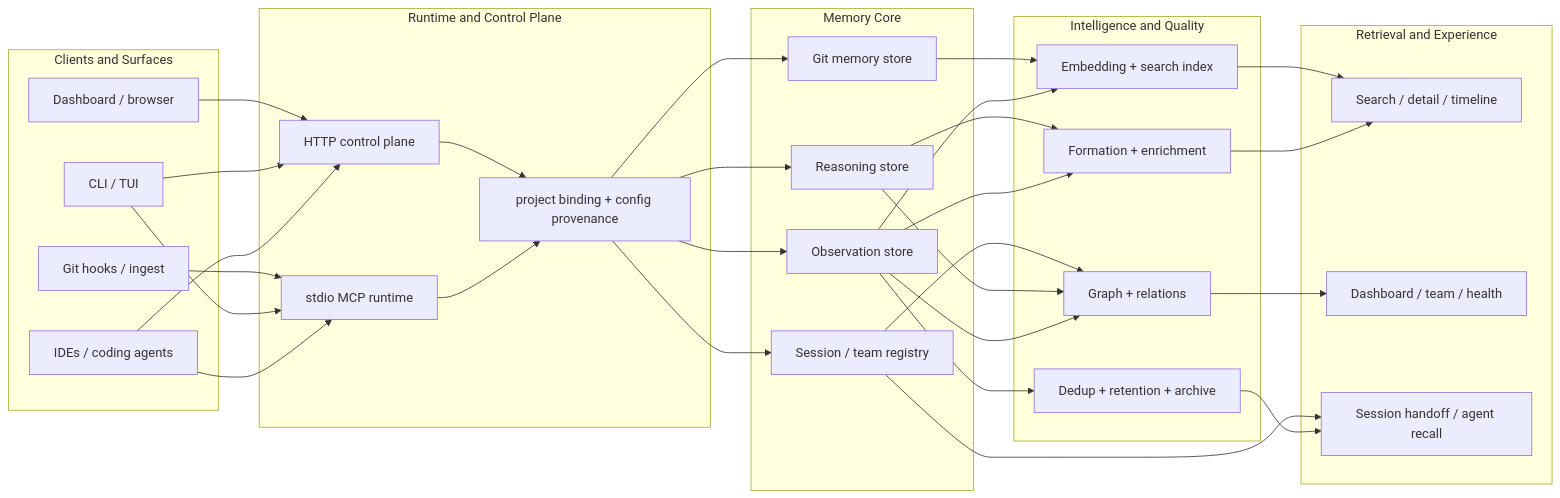
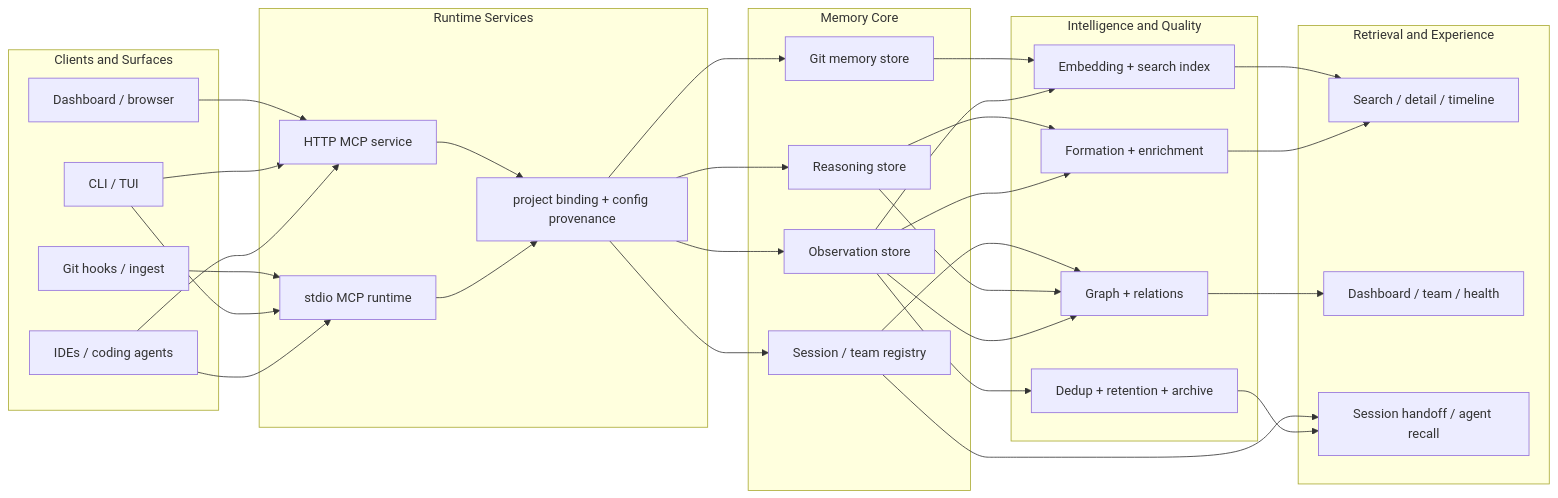
Before and after one commit to AVIDS2/memorix: the first of 3 diagrams in docs/ARCHITECTURE.md, drawn with Mermaid. The commit also changed other lines of this file and 13 other files, not shown here.

````diff
--- a/docs/ARCHITECTURE.md
+++ b/docs/ARCHITECTURE.md
@@ -19,65 +19,65 @@
 ```mermaid
 flowchart LR
     subgraph Clients["Clients and Surfaces"]
         A1["IDEs / coding agents"]
         A2["CLI / TUI"]
         A3["Dashboard / browser"]
         A4["Git hooks / ingest"]
     end
 
-    subgraph Runtime["Runtime and Control Plane"]
+    subgraph Runtime["Runtime Services"]
         B1["stdio MCP runtime"]
-        B2["HTTP control plane"]
+        B2["HTTP MCP service"]
         B3["project binding + config provenance"]
     end
 
     subgraph Core["Memory Core"]
         C1["Observation store"]
         C2["Reasoning store"]
         C3["Git memory store"]
         C4["Session / team registry"]
     end
 
     subgraph Intelligence["Intelligence and Quality"]
         D1["Formation + enrichment"]
         D2["Embedding + search index"]
         D3["Graph + relations"]
         D4["Dedup + retention + archive"]
     end
 
     subgraph Experience["Retrieval and Experience"]
         E1["Search / detail / timeline"]
         E2["Dashboard / team / health"]
         E3["Session handoff / agent recall"]
     end
 
     A1 --> B1
     A1 --> B2
     A2 --> B1
     A2 --> B2
     A3 --> B2
     A4 --> B1
 
     B1 --> B3
     B2 --> B3
 
     B3 --> C1
     B3 --> C2
     B3 --> C3
     B3 --> C4
 
     C1 --> D1
     C1 --> D2
     C1 --> D3
     C1 --> D4
     C2 --> D1
     C2 --> D3
     C3 --> D2
     C4 --> D3
 
     D1 --> E1
     D2 --> E1
     D3 --> E2
     D4 --> E3
     C4 --> E3
 ```
````
